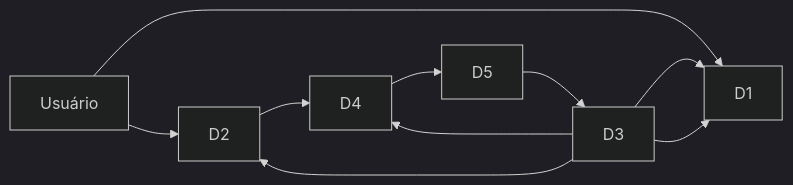
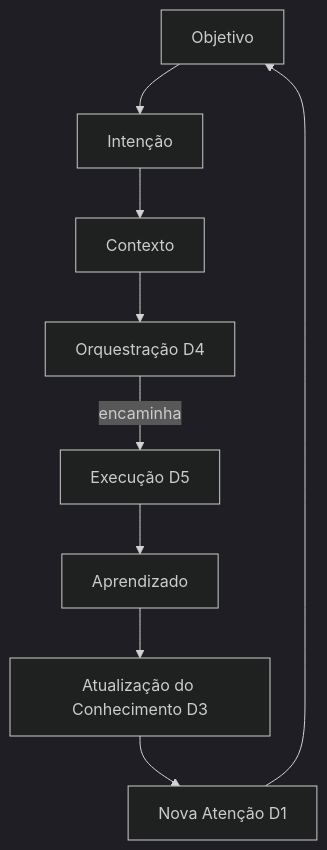
The first of 5 diagrams in docs/product/F2-02-modelo-de-interacoes-experiencia.md (ander44440/sistema-ceo), drawn with Mermaid (dark theme) before and after one commit. The commit also changed other lines of this file and 214 other files, not shown here.

````diff
--- a/docs/product/F2-02-modelo-de-interacoes-experiencia.md
+++ b/docs/product/F2-02-modelo-de-interacoes-experiencia.md
@@ -72,12 +71,11 @@
 ```mermaid
-flowchart LR
-  U[Usuário] --> D1
-  U --> D2
-  D3 --> D1
-  D3 --> D2
-  D3 --> D4
-  D2 --> D4
-  D4 --> D5
-  D5 --> D3
-  D3 --> D1
+flowchart TD
+  Obj[Objetivo] --> Int[Intenção]
+  Int --> Ctx[Contexto]
+  Ctx --> Orq[Orquestração D4]
+  Orq -->|encaminha| Exe[Execução D5]
+  Exe --> Apr[Aprendizado]
+  Apr --> Atu[Atualização do Conhecimento D3]
+  Atu --> Ati[Nova Atenção D1]
+  Ati --> Obj
 ```
````
